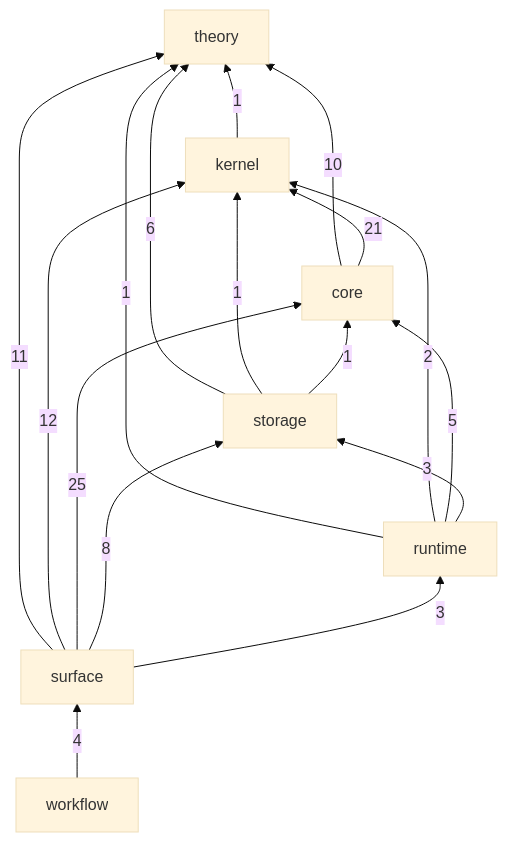
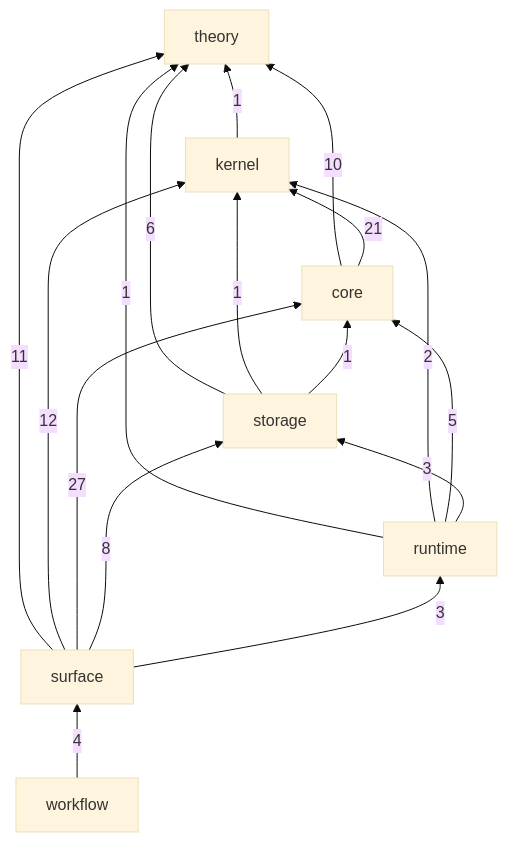
The first of 2 diagrams in crates/README.md (gandr-lang/gandr), drawn with Mermaid (base theme) before and after one commit. The commit also changed other lines of this file and 9 other files, not shown here.

````diff
--- a/crates/README.md
+++ b/crates/README.md
@@ -28,26 +28,26 @@
 ```mermaid
 flowchart BT
   theory
   kernel
   core
   storage
   runtime
   surface
   workflow
   kernel -->|1| theory
   core -->|10| theory
   core -->|21| kernel
   storage -->|6| theory
   storage -->|1| kernel
   storage -->|1| core
   runtime -->|1| theory
   runtime -->|2| kernel
   runtime -->|5| core
   runtime -->|3| storage
   surface -->|11| theory
   surface -->|12| kernel
-  surface -->|25| core
+  surface -->|27| core
   surface -->|8| storage
   surface -->|3| runtime
   workflow -->|4| surface
 ```
````
